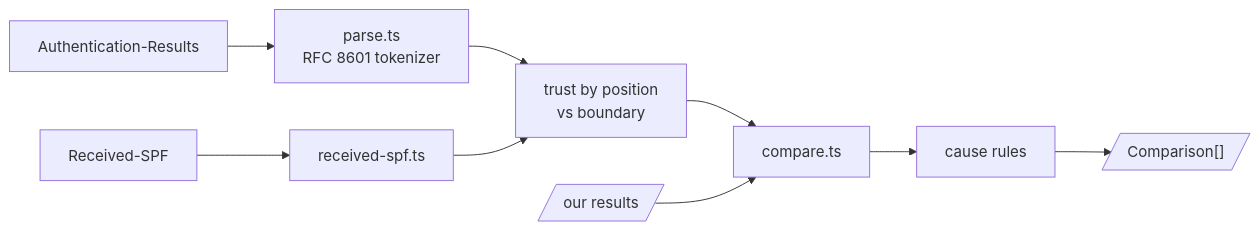
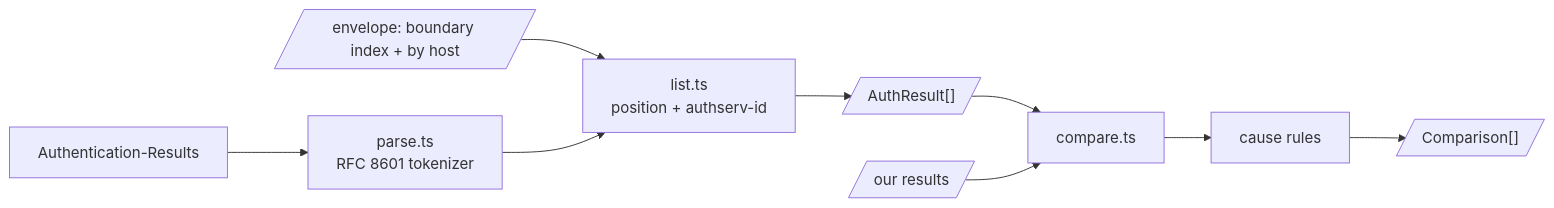
Before and after one commit to photom/benchside: the diagram in docs/explanation/mail-design/authres.md, drawn with Mermaid. The commit also changed other lines of this file and 5 other files, not shown here.

````diff
--- a/docs/explanation/mail-design/authres.md
+++ b/docs/explanation/mail-design/authres.md
@@ -7,10 +7,11 @@
 ```mermaid
 flowchart LR
   ar[Authentication-Results] --> p["parse.ts<br/>RFC 8601 tokenizer"]
-  rs[Received-SPF] --> p2["received-spf.ts"]
-  p & p2 --> trust["trust by position<br/>vs boundary"]
-  trust --> cmp["compare.ts"]
+  env[/"envelope: boundary index + by host"/] --> trust
+  p --> trust["list.ts<br/>position + authserv-id"]
+  trust --> list[/"AuthResult[]"/]
+  list --> cmp["compare.ts"]
   ours[/our results/] --> cmp
   cmp --> causes["cause rules"]
   causes --> out[/"Comparison[]"/]
 ```
````
